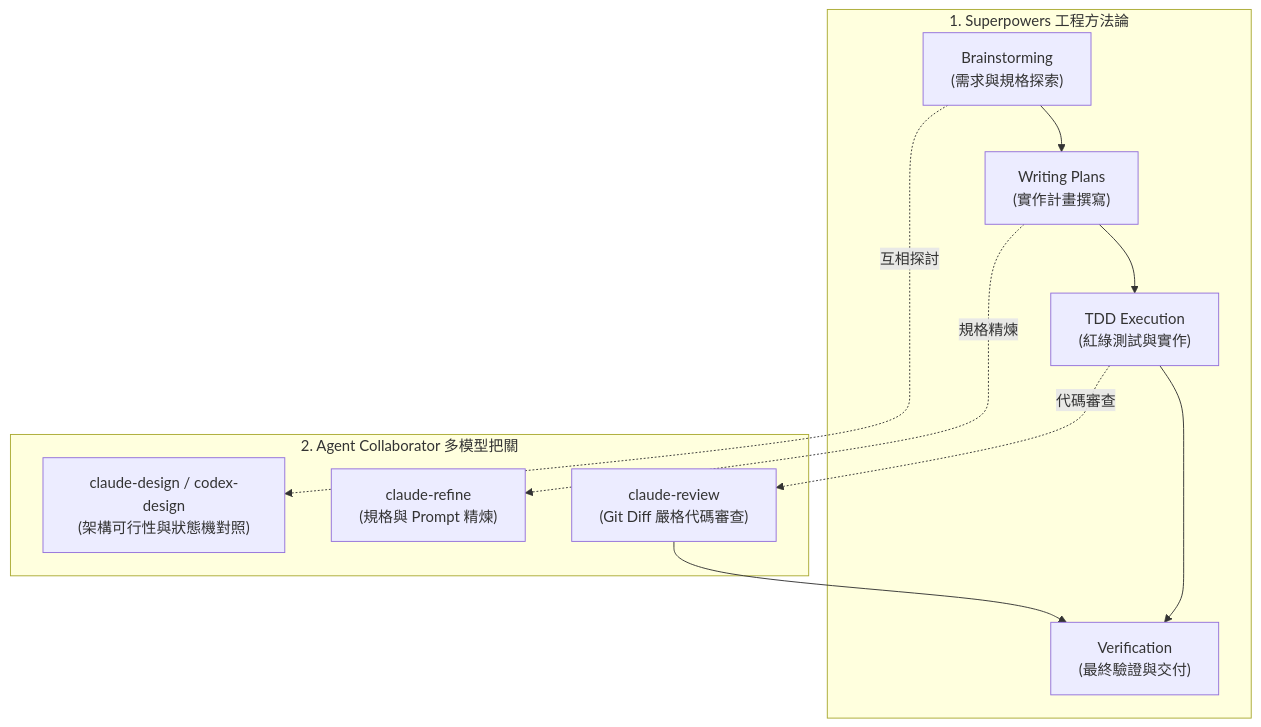
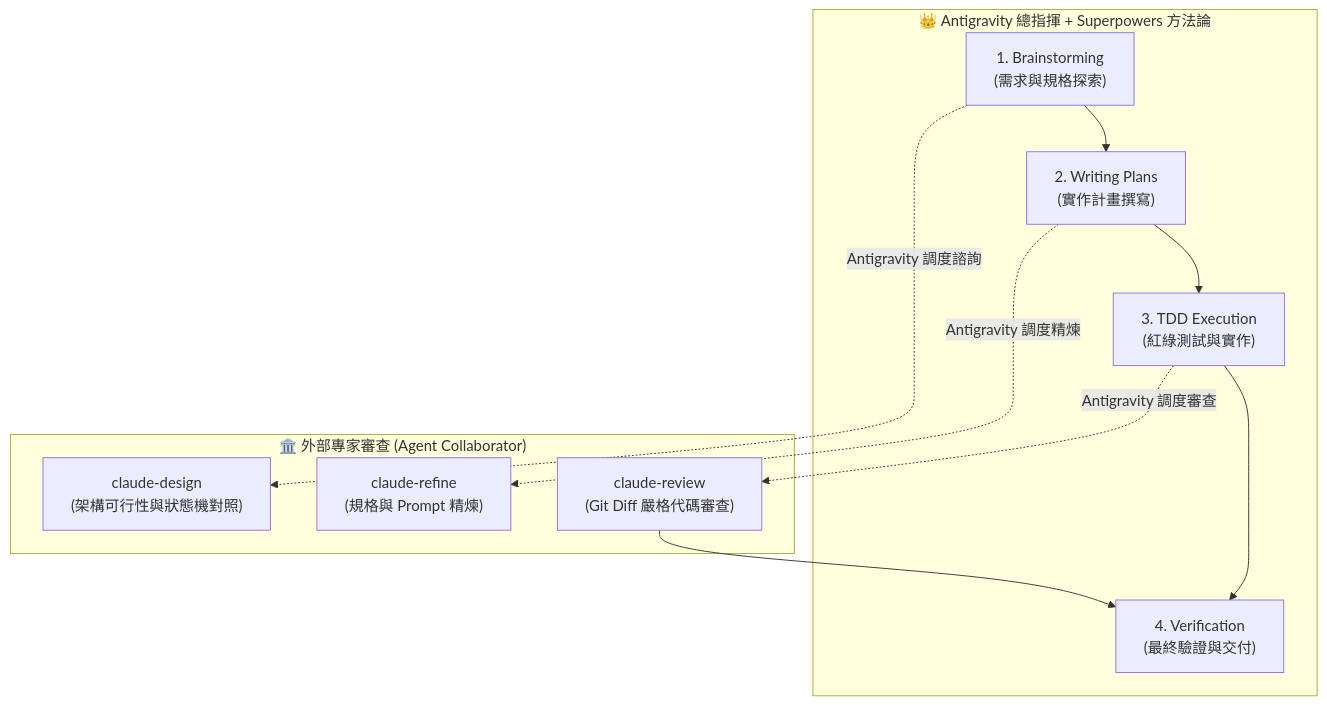
One commit to gogog22510/agent-collaborator changed the second of 2 diagrams in README.md. Above: the diagram before and after it, drawn with Mermaid. The commit also changed other lines of this file, not shown here.

Commit message:
docs: emphasize Antigravity as the central Orchestrator in architecture and workflow

````diff
--- a/README.md
+++ b/README.md
@@ -98,19 +105,19 @@
 ```mermaid
 flowchart TD
-    subgraph Superpowers["1. Superpowers 工程方法論"]
-        B["Brainstorming<br/>(需求與規格探索)"] --> P["Writing Plans<br/>(實作計畫撰寫)"]
-        P --> T["TDD Execution<br/>(紅綠測試與實作)"]
-        T --> V["Verification<br/>(最終驗證與交付)"]
+    subgraph AntigravitySuperpowers["👑 Antigravity 總指揮 + Superpowers 方法論"]
+        B["1. Brainstorming<br/>(需求與規格探索)"] --> P["2. Writing Plans<br/>(實作計畫撰寫)"]
+        P --> T["3. TDD Execution<br/>(紅綠測試與實作)"]
+        T --> V["4. Verification<br/>(最終驗證與交付)"]
     end
 
-    subgraph PeerReview["2. Agent Collaborator 多模型把關"]
-        CD["claude-design / codex-design<br/>(架構可行性與狀態機對照)"]
+    subgraph PeerAdvisors["🏛️ 外部專家審查 (Agent Collaborator)"]
+        CD["claude-design<br/>(架構可行性與狀態機對照)"]
         CR["claude-refine<br/>(規格與 Prompt 精煉)"]
         CW["claude-review<br/>(Git Diff 嚴格代碼審查)"]
     end
 
-    B -.->|互相探討| CD
-    P -.->|規格精煉| CR
-    T -.->|代碼審查| CW
+    B -.->|Antigravity 調度諮詢| CD
+    P -.->|Antigravity 調度精煉| CR
+    T -.->|Antigravity 調度審查| CW
     CW --> V
 ```
````
